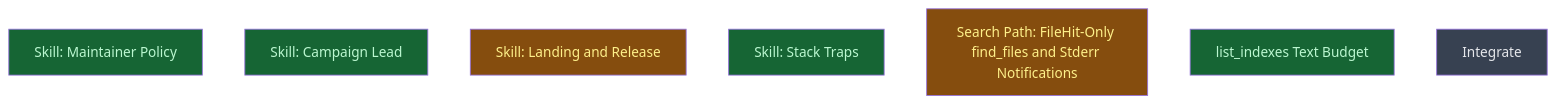
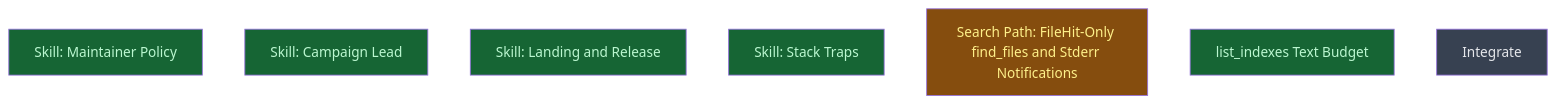
One commit to CrackingShells/colgrep-mcp changed the diagram in __roadmap__/dev_plugin/README.md. Above: the diagram before and after it, drawn with Mermaid. The commit also changed other lines of this file, not shown here.

Commit message:
docs(roadmap): mark skill_landing_release done

````diff
--- a/__roadmap__/dev_plugin/README.md
+++ b/__roadmap__/dev_plugin/README.md
@@ -33,15 +33,15 @@
 ```mermaid
 graph TD
     skill_policy[Skill: Maintainer Policy]:::done
     skill_campaign_lead[Skill: Campaign Lead]:::done
-    skill_landing_release[Skill: Landing and Release]:::inprogress
+    skill_landing_release[Skill: Landing and Release]:::done
     skill_stack_traps[Skill: Stack Traps]:::done
     search_path[Search Path: FileHit-Only find_files and Stderr Notifications]:::inprogress
     list_indexes_budget[list_indexes Text Budget]:::done
     integrate[Integrate]:::planned
     classDef done       fill:#166534,color:#bbf7d0
     classDef inprogress fill:#854d0e,color:#fef08a
     classDef planned    fill:#374151,color:#e5e7eb
     classDef amendment  fill:#1e3a5f,color:#bfdbfe
     classDef blocked    fill:#7f1d1d,color:#fecaca
 ```
````
